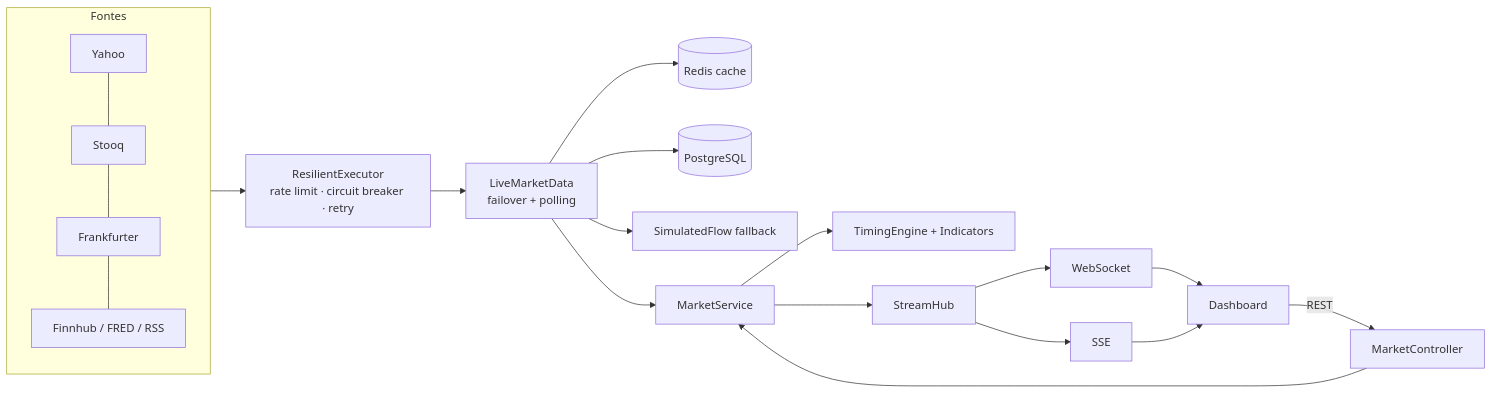
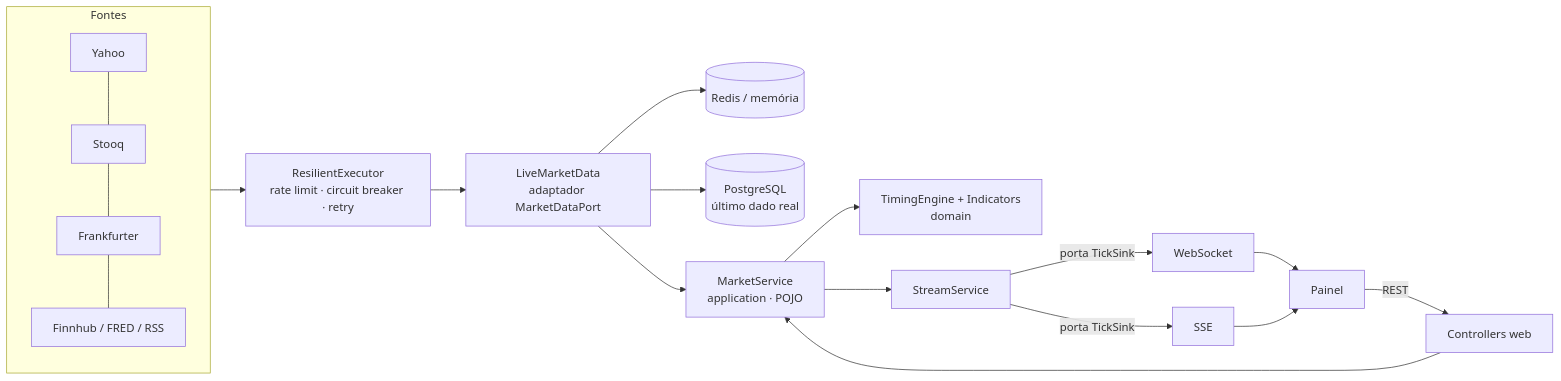
The diagram in README.md (VFSVINI/meridian-wealth), drawn with Mermaid before and after one commit. The commit also changed other lines of this file and 6 other files, not shown here.

````diff
--- a/README.md
+++ b/README.md
@@ -58,20 +59,19 @@
 ```mermaid
 flowchart LR
   subgraph Fontes
     Y[Yahoo] --- S[Stooq] --- F[Frankfurter] --- N[Finnhub / FRED / RSS]
   end
   Fontes --> R[ResilientExecutor<br/>rate limit · circuit breaker · retry]
-  R --> L[LiveMarketData<br/>failover + polling]
-  L --> C[(Redis cache)]
-  L --> D[(PostgreSQL)]
-  L --> SIM[SimulatedFlow fallback]
-  L --> M[MarketService]
-  M --> E[TimingEngine + Indicators]
-  M --> H[StreamHub]
-  H --> WS[WebSocket]
-  H --> SSE[SSE]
-  WS --> UI[Dashboard]
+  R --> L[LiveMarketData<br/>adaptador MarketDataPort]
+  L --> C[(Redis / memória)]
+  L --> D[(PostgreSQL<br/>último dado real)]
+  L --> M[MarketService<br/>application · POJO]
+  M --> E[TimingEngine + Indicators<br/>domain]
+  M --> S2[StreamService]
+  S2 -->|porta TickSink| WS[WebSocket]
+  S2 -->|porta TickSink| SSE[SSE]
+  WS --> UI[Painel]
   SSE --> UI
-  UI -->|REST| API[MarketController]
+  UI -->|REST| API[Controllers web]
   API --> M
 ```
````
